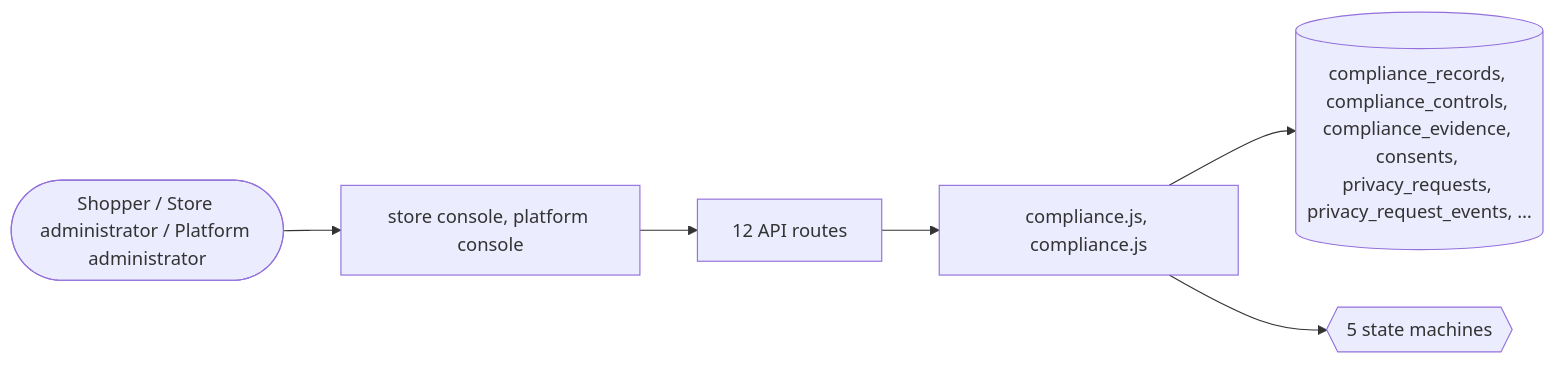
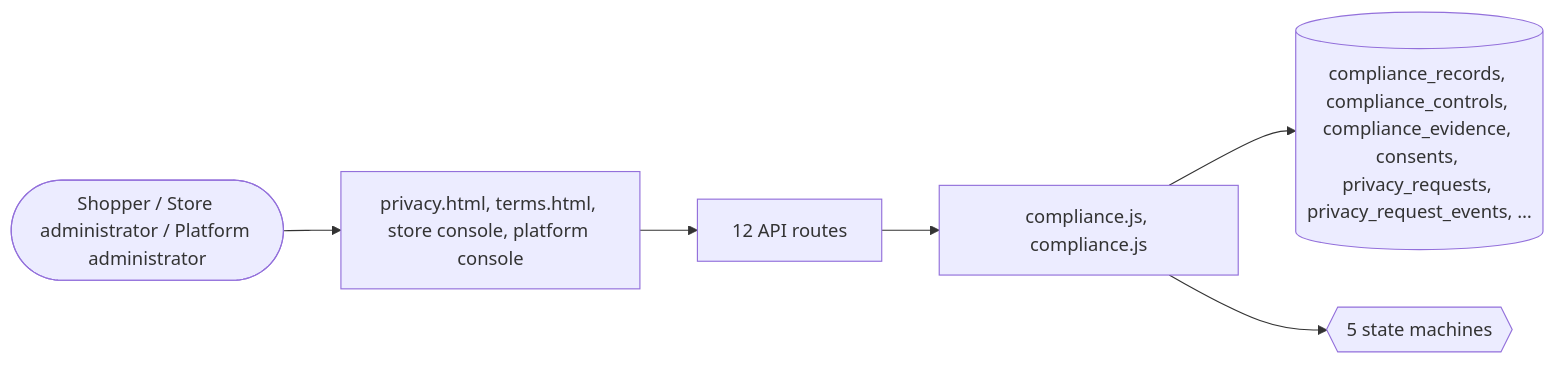
The sixth of 6 diagrams in docs/domains/compliance.md (echelonxventures-Projects/universal-product), drawn with Mermaid before and after one commit. The commit also changed other lines of this file and 1 other file, not shown here.

Commit message:
fix(registry): the privacy and terms pages belong to Compliance and privacy
The domain map refuses a storefront page no domain owns. Compliance and
privacy (which owns consents and privacy requests) owns privacy.html and
terms.html; its generated document lists them (scripts/domain-docs.js).

Full npm test green over the launch-blocker commits.

````diff
--- a/docs/domains/compliance.md
+++ b/docs/domains/compliance.md
@@ -243,8 +243,8 @@
 ```mermaid
 flowchart LR
-  U([Shopper / Store administrator / Platform administrator]) --> UI[store console, platform console]
+  U([Shopper / Store administrator / Platform administrator]) --> UI[privacy.html, terms.html, store console, platform console]
   UI --> API[12 API routes]
   API --> ENG[compliance.js, compliance.js]
   ENG --> DB[(compliance_records, compliance_controls, compliance_evidence, consents, privacy_requests, privacy_request_events, …)]
   ENG --> SM{{5 state machines}}
 ```
````
